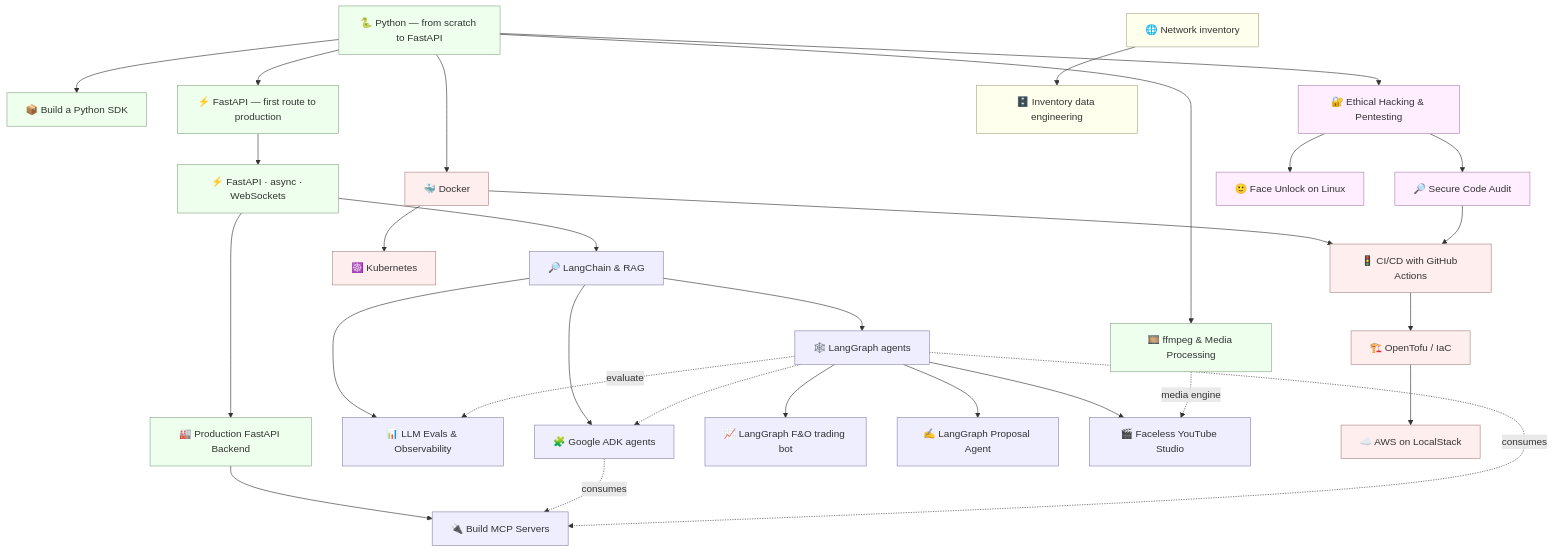
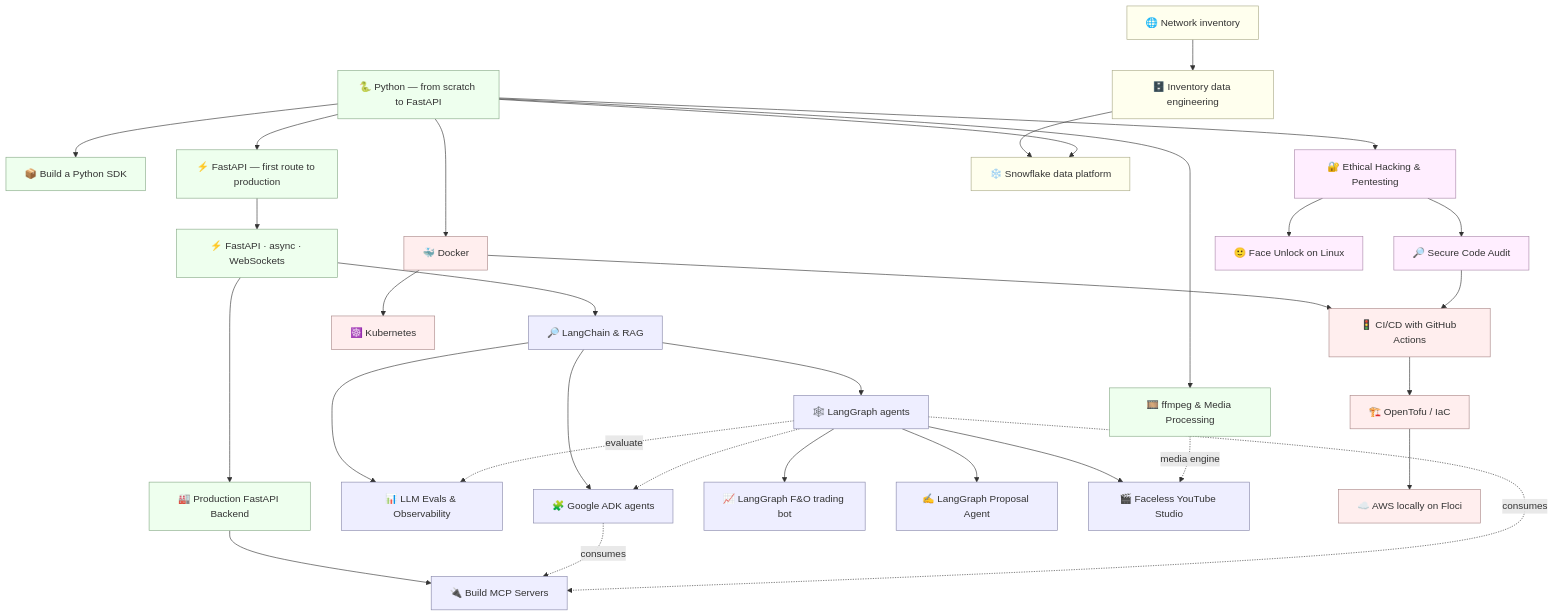
Before and after one commit to RahulHalpati/learning_docs: the diagram in README.md, drawn with Mermaid. The commit also changed other lines of this file and 154 other files, not shown here.

````diff
--- a/README.md
+++ b/README.md
@@ -19,43 +25,45 @@
 ```mermaid
 flowchart TD
     PY[🐍 Python — from scratch to FastAPI]
     PY --> SDK[📦 Build a Python SDK]
     PY --> FC[⚡ FastAPI — first route to production]
     FC --> API[⚡ FastAPI · async · WebSockets]
     API --> BE[🏭 Production FastAPI Backend]
     API --> RAG[🔎 LangChain & RAG]
     RAG --> EV[📊 LLM Evals & Observability]
     RAG --> LG[🕸️ LangGraph agents]
     RAG --> ADK[🧩 Google ADK agents]
     LG -.-> ADK
     BE --> MCP[🔌 Build MCP Servers]
     ADK -.consumes.-> MCP
     LG -.consumes.-> MCP
     LG --> BOT[📈 LangGraph F&O trading bot]
     LG --> PA[✍️ LangGraph Proposal Agent]
     LG --> FYT[🎬 Faceless YouTube Studio]
     LG -.evaluate.-> EV
     PY --> FF[🎞️ ffmpeg & Media Processing]
     FF -.media engine.-> FYT
     PY --> DOK[🐳 Docker]
     DOK --> K8S[☸️ Kubernetes]
     DOK --> CICD[🚦 CI/CD with GitHub Actions]
     CA --> CICD
     CICD --> TOFU[🏗️ OpenTofu / IaC]
-    TOFU --> LS[☁️ AWS on LocalStack]
+    TOFU --> LS[☁️ AWS locally on Floci]
     PY --> EH[🔐 Ethical Hacking & Pentesting]
     EH --> CA[🔎 Secure Code Audit]
     EH --> FU[🙂 Face Unlock on Linux]
     NET[🌐 Network inventory] --> DATA[🗄️ Inventory data engineering]
+    DATA --> SNOW[❄️ Snowflake data platform]
+    PY --> SNOW
 
     classDef ai fill:#eef,stroke:#88a
     classDef core fill:#efe,stroke:#8a8
     classDef infra fill:#fee,stroke:#a88
     classDef data fill:#ffe,stroke:#aa8
     classDef sec fill:#fef,stroke:#a8a
     class PY,SDK,FC,API,BE,FF core
     class RAG,LG,ADK,EV,BOT,PA,FYT,MCP ai
     class DOK,K8S,CICD,TOFU,LS infra
-    class NET,DATA data
+    class NET,DATA,SNOW data
     class EH,CA,FU sec
 ```
````
